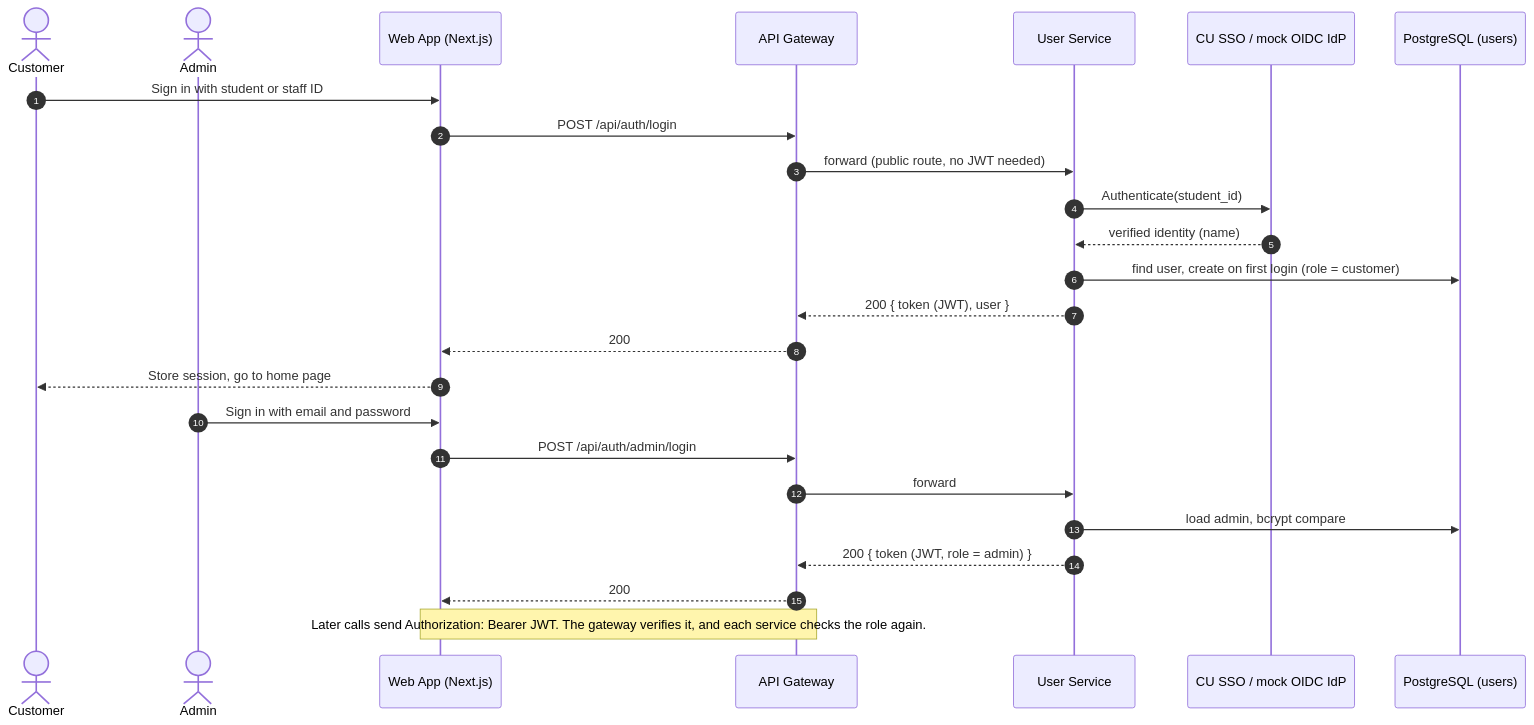
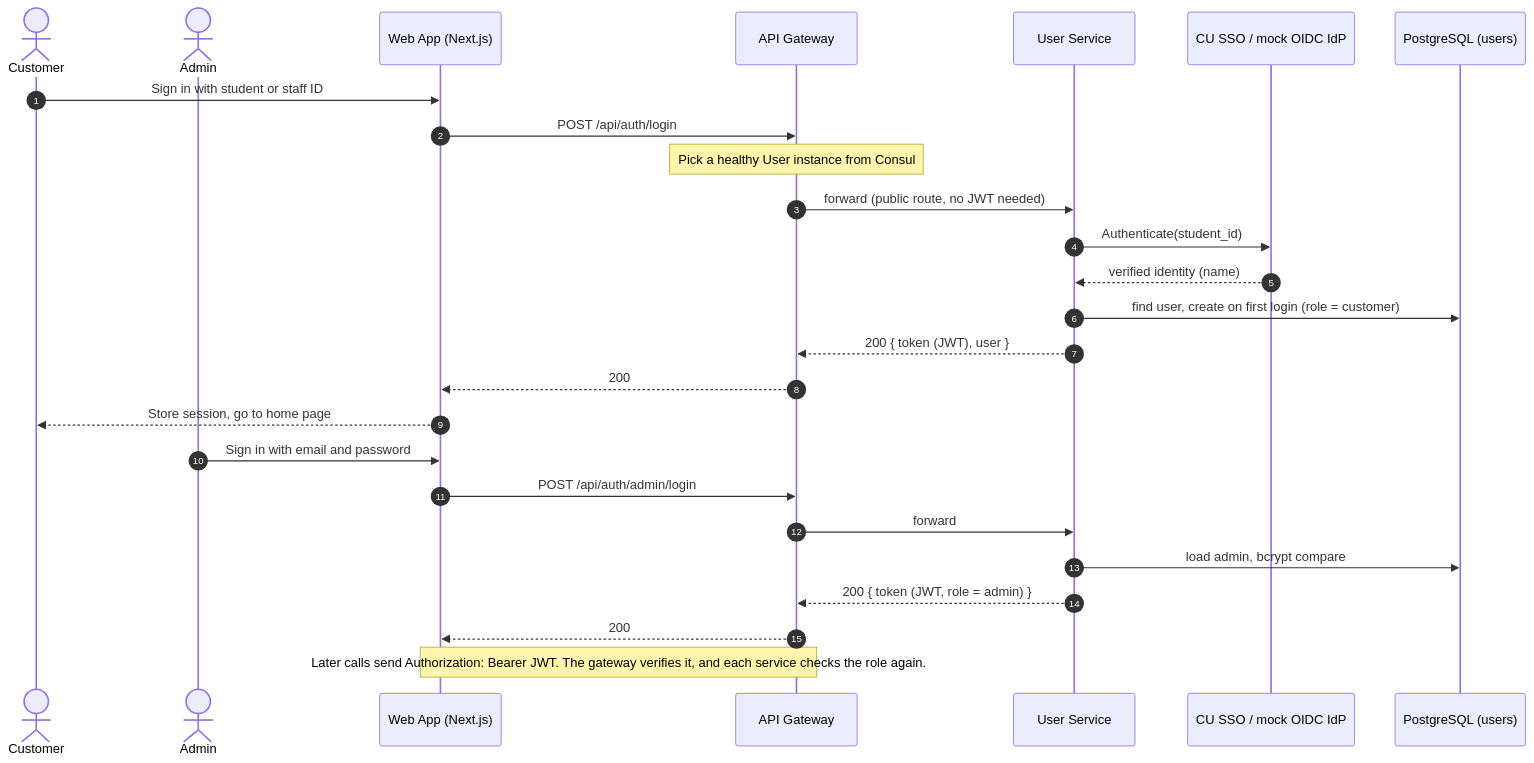
The diagram in docs/diagrams/seq-login.mmd (Mysterioucz/cu-seat-finder), drawn with Mermaid before and after one commit. The commit also changed 6 other files, not shown here.

First line of the commit message:
docs: add Consul registry to C4 and sequence diagrams

```diff
--- a/docs/diagrams/seq-login.mmd
+++ b/docs/diagrams/seq-login.mmd
@@ -1,29 +1,30 @@
 %% UC-00 Authentication
 sequenceDiagram
     autonumber
     actor C as Customer
     actor A as Admin
     participant W as Web App (Next.js)
     participant G as API Gateway
     participant U as User Service
     participant IdP as CU SSO / mock OIDC IdP
     participant DB as PostgreSQL (users)
 
     C->>W: Sign in with student or staff ID
     W->>G: POST /api/auth/login
+    Note over G: Pick a healthy User instance from Consul
     G->>U: forward (public route, no JWT needed)
     U->>IdP: Authenticate(student_id)
     IdP-->>U: verified identity (name)
     U->>DB: find user, create on first login (role = customer)
     U-->>G: 200 { token (JWT), user }
     G-->>W: 200
     W-->>C: Store session, go to home page
 
     A->>W: Sign in with email and password
     W->>G: POST /api/auth/admin/login
     G->>U: forward
     U->>DB: load admin, bcrypt compare
     U-->>G: 200 { token (JWT, role = admin) }
     G-->>W: 200
 
     Note over W,G: Later calls send Authorization: Bearer JWT. The gateway verifies it, and each service checks the role again.
```
